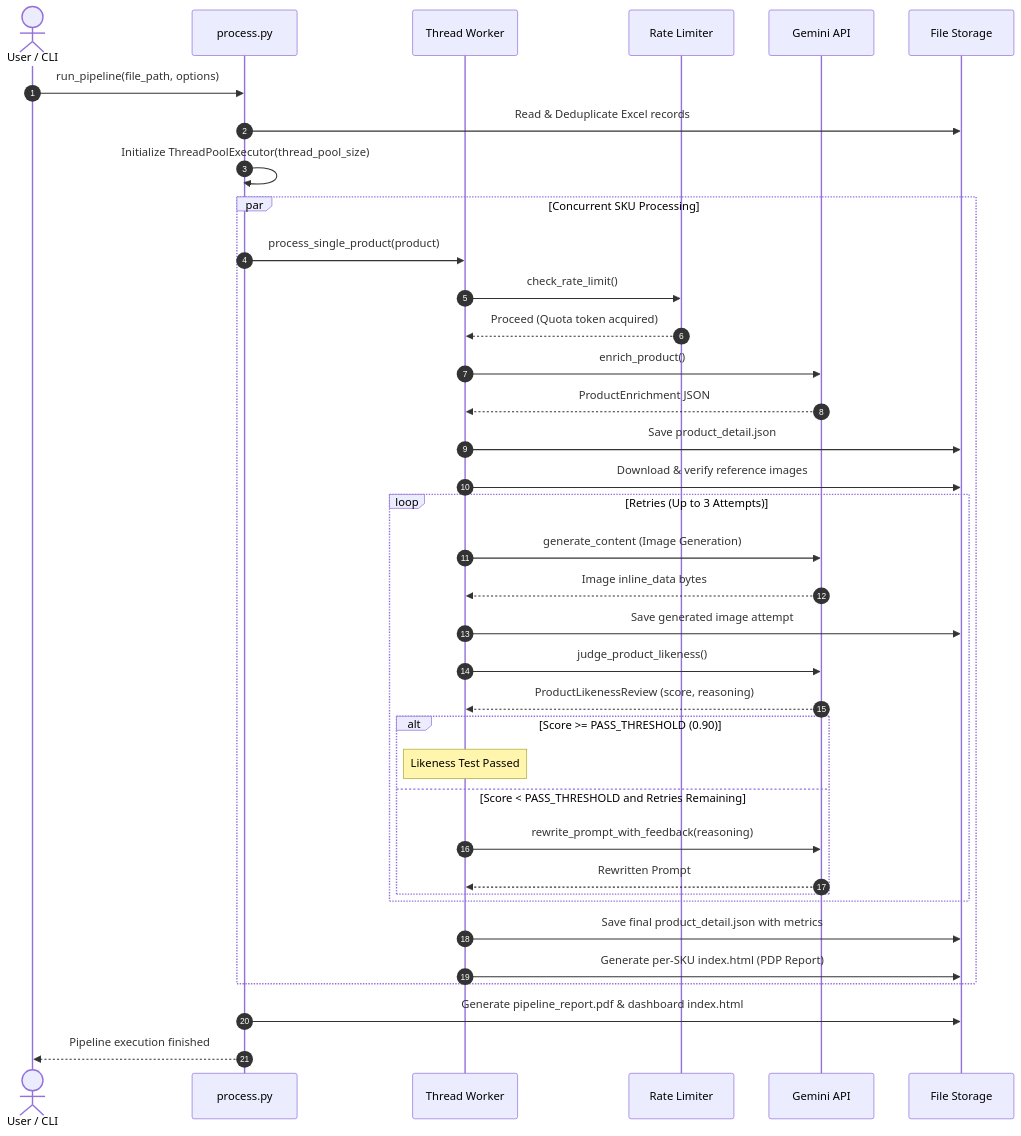
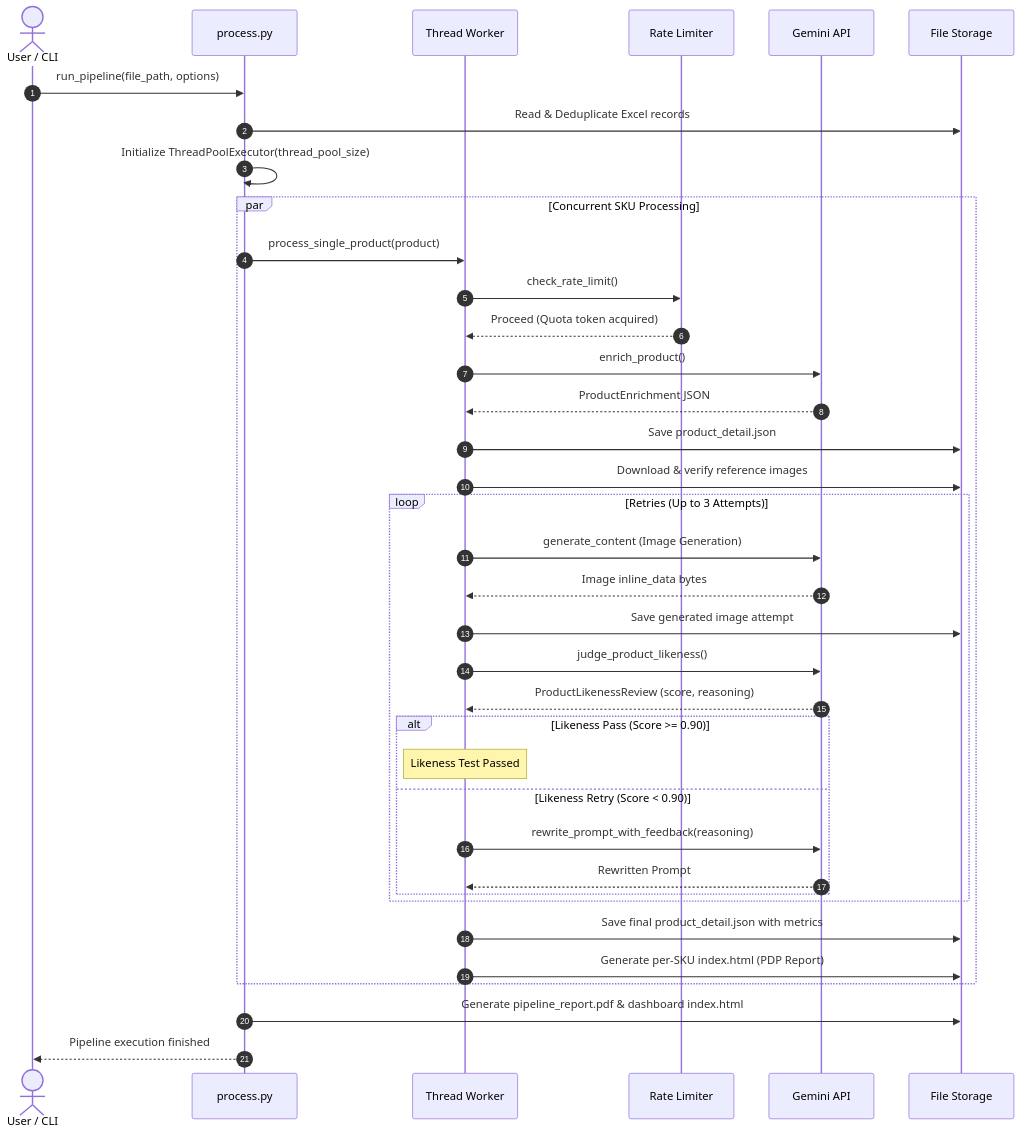
One commit to rrmcguinness/product-gen changed the first of 2 diagrams in docs/architecture/pipeline.md. Above: the diagram before and after it, drawn with Mermaid. The commit also changed other lines of this file and 19 other files, not shown here.

````diff
--- a/docs/architecture/pipeline.md
+++ b/docs/architecture/pipeline.md
@@ -9,48 +9,48 @@
 ```mermaid
 sequenceDiagram
     autonumber
     actor CLI as User / CLI
     participant Orchestrator as process.py
     participant Worker as Thread Worker
     participant RateLimiter as Rate Limiter
     participant Gemini as Gemini API
     participant Disk as File Storage
 
     CLI->>Orchestrator: run_pipeline(file_path, options)
     Orchestrator->>Disk: Read & Deduplicate Excel records
     Orchestrator->>Orchestrator: Initialize ThreadPoolExecutor(thread_pool_size)
 
     par Concurrent SKU Processing
         Orchestrator->>Worker: process_single_product(product)
         Worker->>RateLimiter: check_rate_limit()
         RateLimiter-->>Worker: Proceed (Quota token acquired)
         
         Worker->>Gemini: enrich_product()
         Gemini-->>Worker: ProductEnrichment JSON
         Worker->>Disk: Save product_detail.json
         
         Worker->>Disk: Download & verify reference images
         
         loop Retries (Up to 3 Attempts)
             Worker->>Gemini: generate_content (Image Generation)
             Gemini-->>Worker: Image inline_data bytes
             Worker->>Disk: Save generated image attempt
             
             Worker->>Gemini: judge_product_likeness()
             Gemini-->>Worker: ProductLikenessReview (score, reasoning)
             
-            alt Score >= PASS_THRESHOLD (0.90)
-                note over Worker: Likeness Test Passed
-            else Score < PASS_THRESHOLD and Retries Remaining
+            alt Likeness Pass (Score >= 0.90)
+                Note over Worker: Likeness Test Passed
+            else Likeness Retry (Score < 0.90)
                 Worker->>Gemini: rewrite_prompt_with_feedback(reasoning)
                 Gemini-->>Worker: Rewritten Prompt
             end
         end
         
         Worker->>Disk: Save final product_detail.json with metrics
         Worker->>Disk: Generate per-SKU index.html (PDP Report)
     end
 
     Orchestrator->>Disk: Generate pipeline_report.pdf & dashboard index.html
     Orchestrator-->>CLI: Pipeline execution finished
 ```
````
